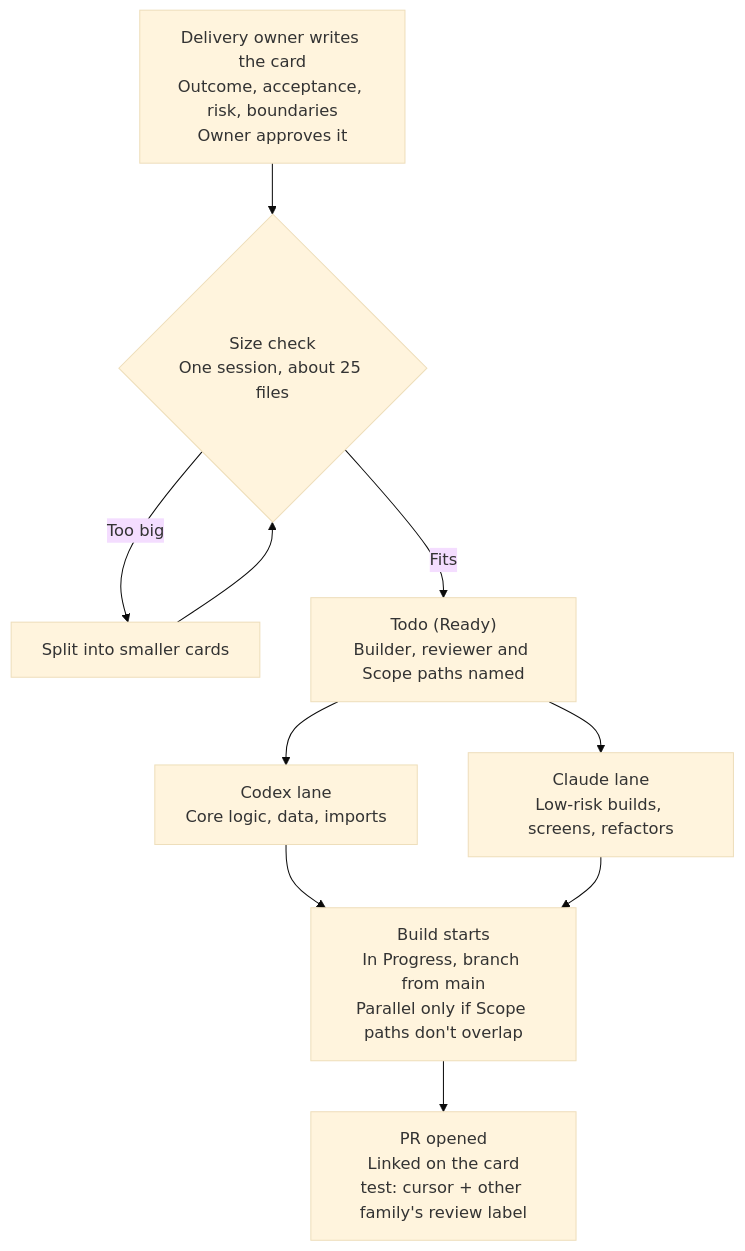
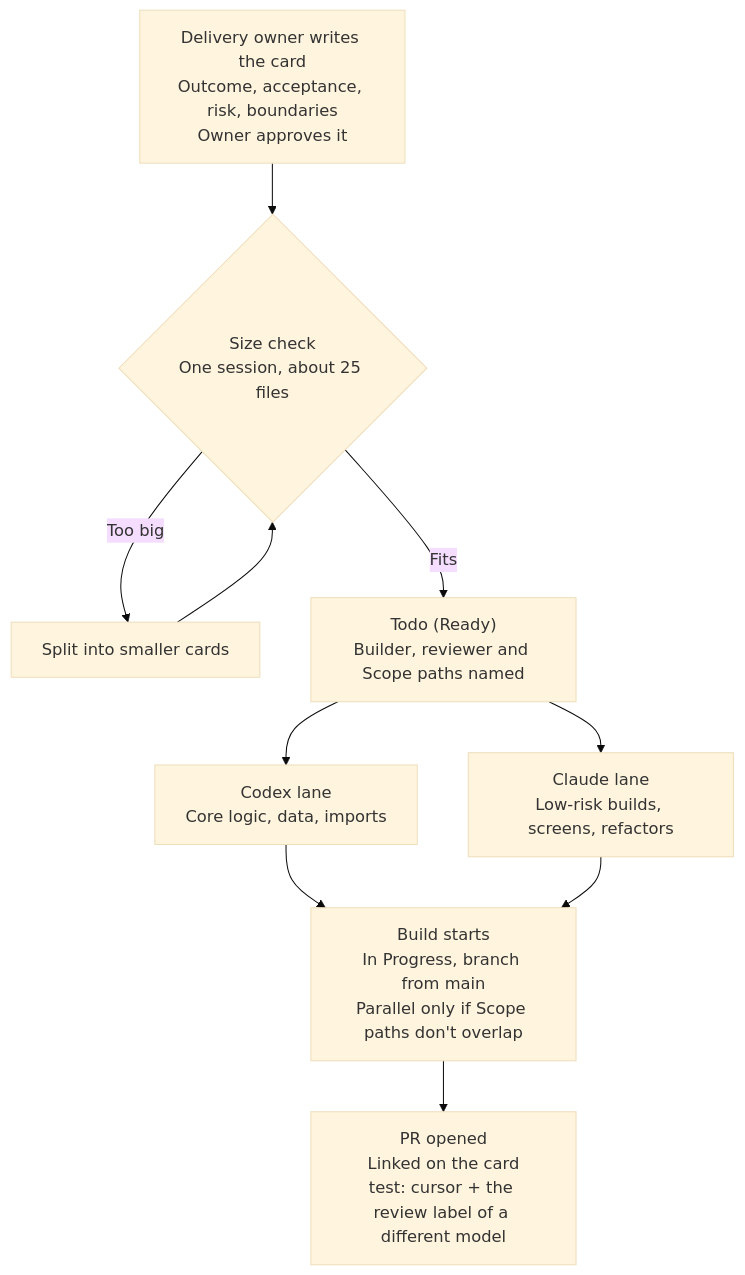
One commit to Maho1975/project-template changed the first of 3 diagrams in docs/delivery/workflow.md. Above: the diagram before and after it, drawn with Mermaid (base theme). The commit also changed other lines of this file and 2 other files, not shown here.

````diff
--- a/docs/delivery/workflow.md
+++ b/docs/delivery/workflow.md
@@ -7,12 +7,12 @@
 ```mermaid
 flowchart TD
     A["Delivery owner writes the card<br/>Outcome, acceptance, risk, boundaries<br/>Owner approves it"] --> B{"Size check<br/>One session, about 25 files"}
     B -- "Too big" --> A2["Split into smaller cards"]
     A2 --> B
     B -- "Fits" --> C["Todo (Ready)<br/>Builder, reviewer and Scope paths named"]
     C --> D1["Codex lane<br/>Core logic, data, imports"]
     C --> D2["Claude lane<br/>Low-risk builds, screens, refactors"]
     D1 --> E["Build starts<br/>In Progress, branch from main<br/>Parallel only if Scope paths don't overlap"]
     D2 --> E
-    E --> F["PR opened<br/>Linked on the card<br/>test: cursor + other family's review label"]
+    E --> F["PR opened<br/>Linked on the card<br/>test: cursor + the review label of a different model"]
 ```
````
